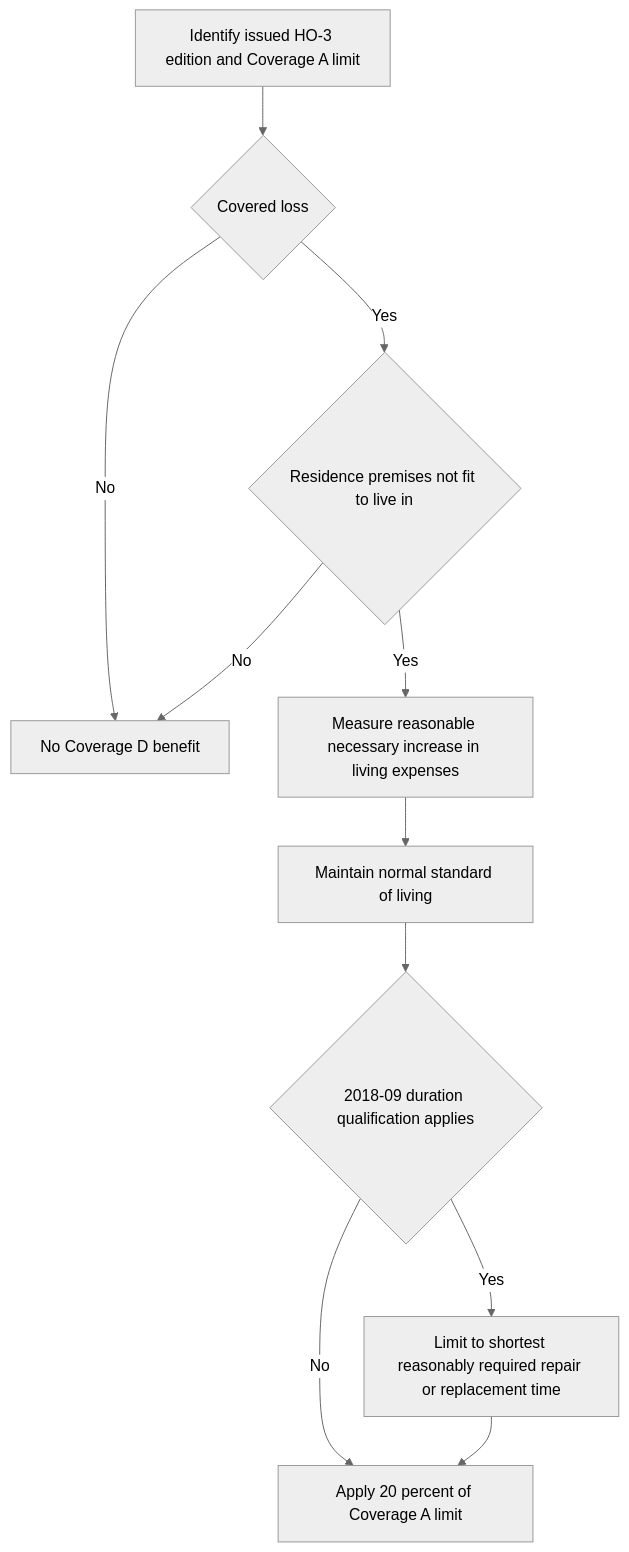
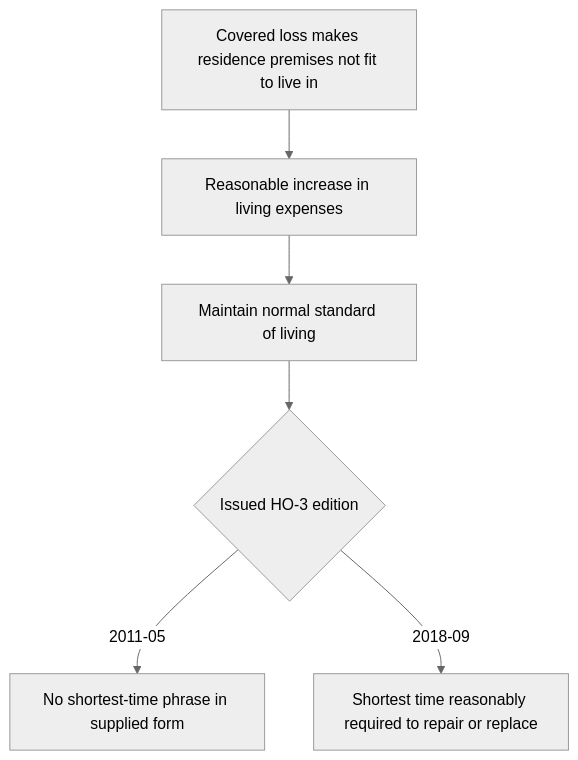
The first of 2 diagrams in openwiki/coverage/coverage-d/loss-of-use.md (eugeneliu-86/openwiki-insurance-corpus), drawn with Mermaid (neutral theme) before and after one commit. The commit also changed other lines of this file and 51 other files, not shown here.

````diff
--- a/openwiki/coverage/coverage-d/loss-of-use.md
+++ b/openwiki/coverage/coverage-d/loss-of-use.md
@@ -32,13 +29,8 @@
 ```mermaid
 flowchart TD
-    Form["Identify issued HO-3 edition and Coverage A limit"] --> Loss{"Covered loss"}
-    Loss -- No --> NoCoverage["No Coverage D benefit"]
-    Loss -- Yes --> Fit{"Residence premises not fit to live in"}
-    Fit -- No --> NoCoverage
-    Fit -- Yes --> Increase["Measure reasonable necessary increase in living expenses"]
-    Increase --> Standard["Maintain normal standard of living"]
-    Standard --> Term{"2018-09 duration qualification applies"}
-    Term -- Yes --> Time["Limit to shortest reasonably required repair or replacement time"]
-    Term -- No --> Cap["Apply 20 percent of Coverage A limit"]
-    Time --> Cap
+    Start["Covered loss makes residence premises not fit to live in"] --> Measure["Reasonable increase in living expenses"]
+    Measure --> Standard["Maintain normal standard of living"]
+    Standard --> Edition{"Issued HO-3 edition"}
+    Edition -- "2011-05" --> NoDuration["No shortest-time phrase in supplied form"]
+    Edition -- "2018-09" --> Shortest["Shortest time reasonably required to repair or replace"]
 ```
````
